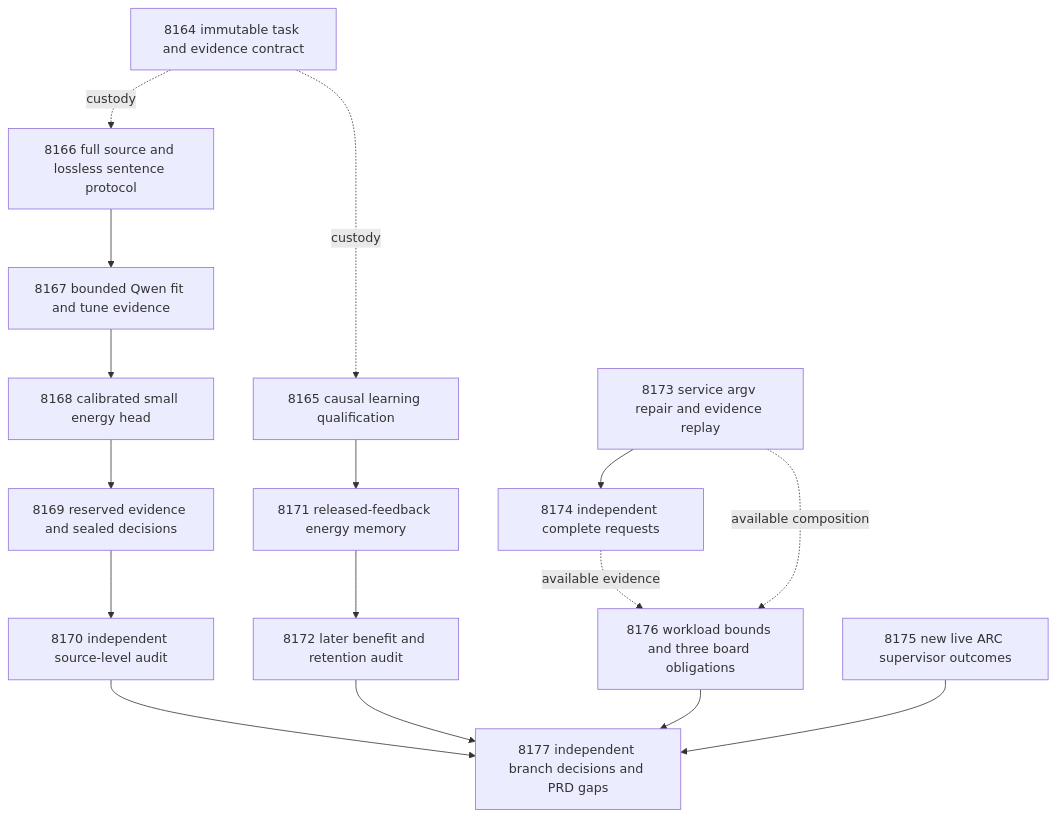
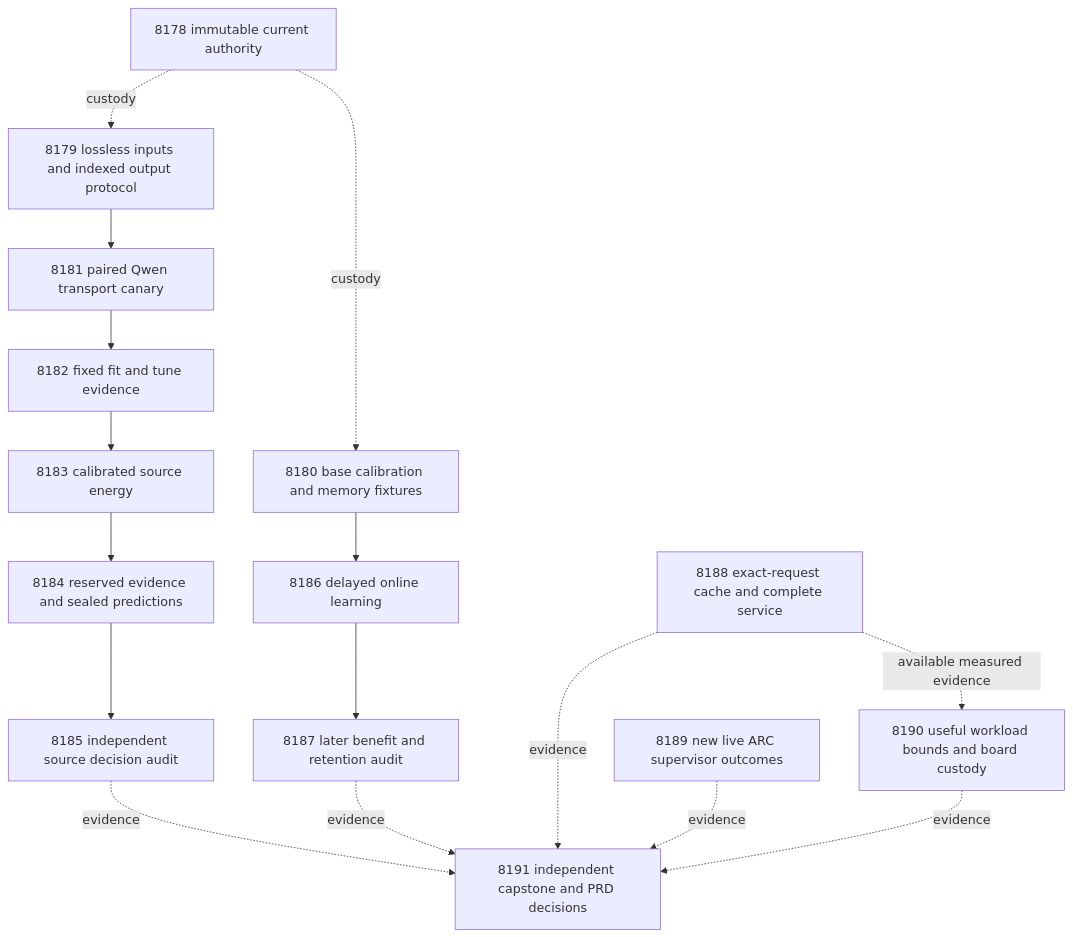
Before and after one commit to Carnot-EBM/carnot-ebm: the diagram in openspec/change-proposals/research-roadmap-vNEXT.md, drawn with Mermaid. The commit also changed other lines of this file and 14 other files, not shown here.

````diff
--- a/openspec/change-proposals/research-roadmap-vNEXT.md
+++ b/openspec/change-proposals/research-roadmap-vNEXT.md
@@ -100,28 +97,27 @@
 ```mermaid
 flowchart TD
-  C[8164 immutable task and evidence contract]
-  S[8166 full source and lossless sentence protocol]
-  F[8167 bounded Qwen fit and tune evidence]
-  E[8168 calibrated small energy head]
-  R[8169 reserved evidence and sealed decisions]
-  A[8170 independent source-level audit]
-  Q[8165 causal learning qualification]
-  L[8171 released-feedback energy memory]
-  T[8172 later benefit and retention audit]
-  V[8173 service argv repair and evidence replay]
-  P[8174 independent complete requests]
-  H[8176 workload bounds and three board obligations]
-  O[8175 new live ARC supervisor outcomes]
-  X[8177 independent branch decisions and PRD gaps]
-  C -. custody .-> S
-  C -. custody .-> Q
-  S --> F --> E --> R --> A
-  Q --> L --> T
-  V --> P
-  P -. available evidence .-> H
-  V -. available composition .-> H
-  A --> X
-  T --> X
-  H --> X
-  O --> X
+  A[8178 immutable current authority]
+  S[8179 lossless inputs and indexed output protocol]
+  C[8181 paired Qwen transport canary]
+  F[8182 fixed fit and tune evidence]
+  T[8183 calibrated source energy]
+  E[8184 reserved evidence and sealed predictions]
+  D[8185 independent source decision audit]
+  M[8180 base calibration and memory fixtures]
+  L[8186 delayed online learning]
+  R[8187 later benefit and retention audit]
+  V[8188 exact-request cache and complete service]
+  O[8189 new live ARC supervisor outcomes]
+  H[8190 useful workload bounds and board custody]
+  X[8191 independent capstone and PRD decisions]
+  A -. custody .-> S
+  A -. custody .-> M
+  S --> C --> F --> T --> E --> D
+  M --> L --> R
+  V -. available measured evidence .-> H
+  D -. evidence .-> X
+  R -. evidence .-> X
+  V -. evidence .-> X
+  O -. evidence .-> X
+  H -. evidence .-> X
 ```
````
